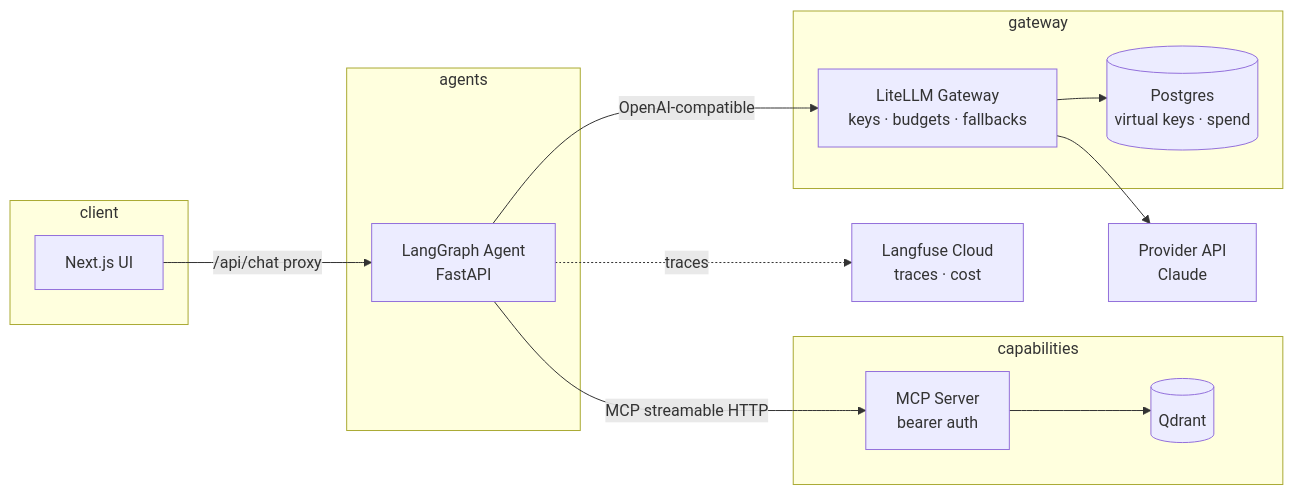
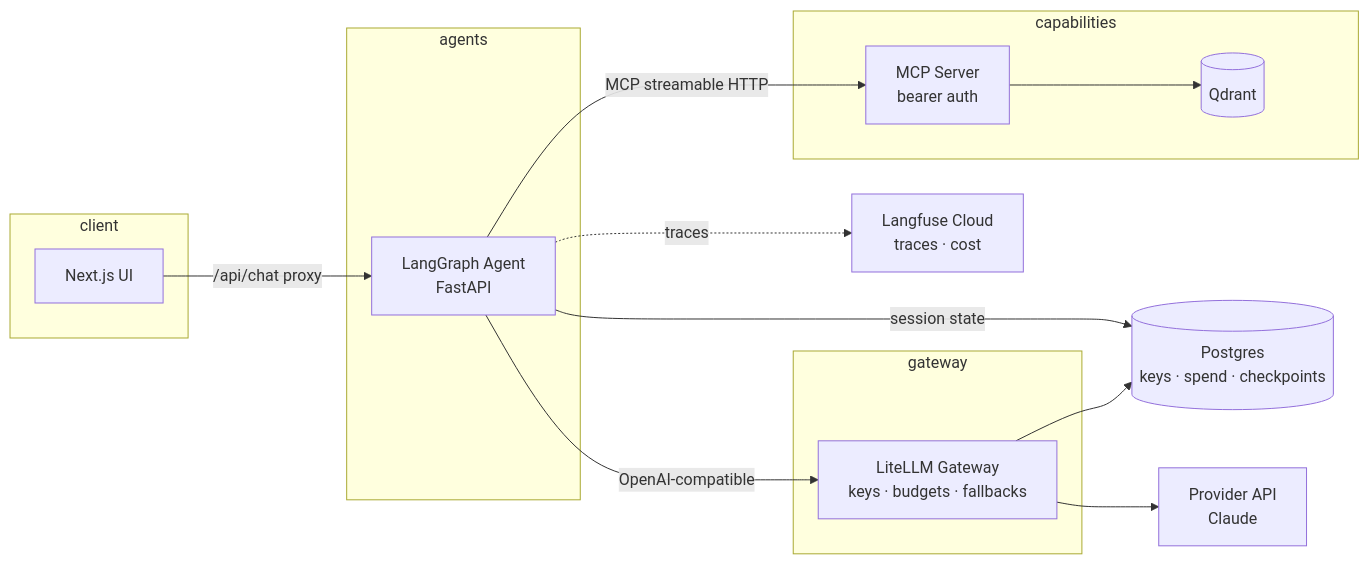
The diagram in README.md (babebp/llm-agent-production-architecture), drawn with Mermaid before and after one commit. The commit also changed other lines of this file, not shown here.

Commit message:
README: agent state scaling item is done, Postgres shared in diagram

````diff
--- a/README.md
+++ b/README.md
@@ -29,27 +29,28 @@
 ```mermaid
 flowchart LR
     subgraph client
         W[Next.js UI]
     end
     subgraph agents
         A[LangGraph Agent<br/>FastAPI]
     end
     subgraph capabilities
         M[MCP Server<br/>bearer auth]
         Q[(Qdrant)]
     end
     subgraph gateway
         L[LiteLLM Gateway<br/>keys · budgets · fallbacks]
-        G[(Postgres<br/>virtual keys · spend)]
     end
+    G[(Postgres<br/>keys · spend · checkpoints)]
     P[Provider API<br/>Claude]
     O[Langfuse Cloud<br/>traces · cost]
 
     W -->|/api/chat proxy| A
     A -->|MCP streamable HTTP| M
     M --> Q
     A -->|OpenAI-compatible| L
+    A -->|session state| G
     L --> G
     L --> P
     A -.->|traces| O
 ```
````
